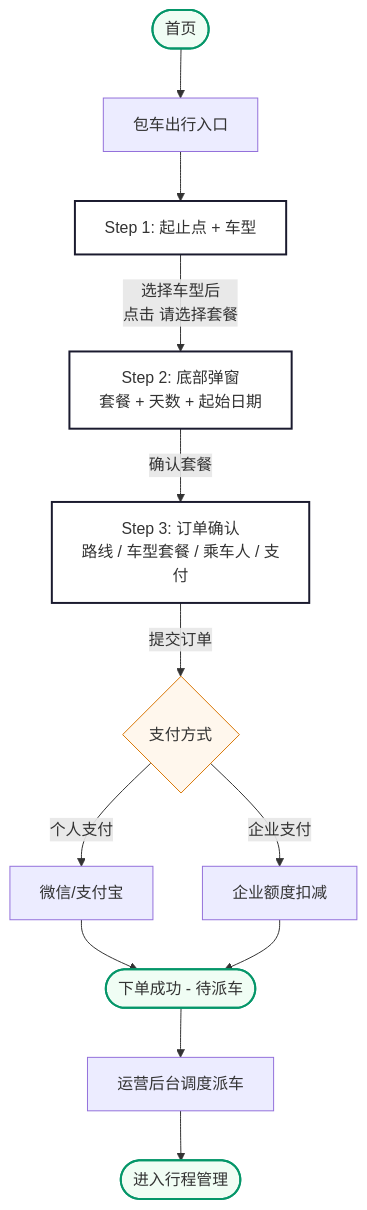
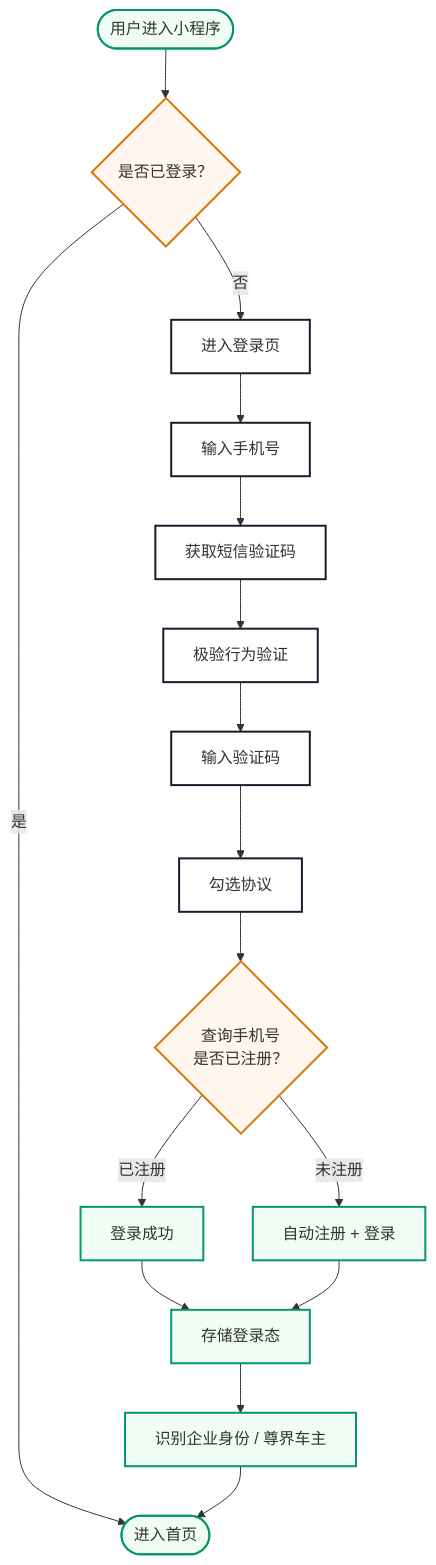
Before and after one commit to klayhuzhenx/zunchuxing: the first of 9 diagrams in 乘客端需求规格说明.md, drawn with Mermaid. The commit also changed other lines of this file and 237 other files, not shown here.

````diff
--- a/乘客端需求规格说明.md
+++ b/乘客端需求规格说明.md
@@ -346,21 +49,51 @@
 ```mermaid
+
 flowchart TD
-    A([首页]) --> B[包车出行入口]
-    B --> C[Step 1: 起止点 + 车型]
-    C --> |选择车型后<br/>点击 请选择套餐| D[Step 2: 底部弹窗<br/>套餐 + 天数 + 起始日期]
-    D --> |确认套餐| E[Step 3: 订单确认<br/>路线 / 车型套餐 / 乘车人 / 支付]
-    E --> |提交订单| F{支付方式}
-    F --> |个人支付| G[微信/支付宝]
-    F --> |企业支付| H[企业额度扣减]
-    G --> I([下单成功 - 待派车])
-    H --> I
-    I --> J[运营后台调度派车]
-    J --> K([进入行程管理])
+
+    A(["用户进入小程序"]) --> B{"是否已登录？"}
+
+    B -->|是| C(["进入首页"])
+
+    B -->|否| D["进入登录页"]
+
+    D --> E["输入手机号"]
+
+    E --> F["获取短信验证码"]
+
+    F --> F1["极验行为验证"]
+
+    F1 --> G["输入验证码"]
+
+    G --> H["勾选协议"]
+
+    H --> I{"查询手机号<br/>是否已注册？"}
+
+    I -->|已注册| J["登录成功"]
+
+    I -->|未注册| K["自动注册 + 登录"]
+
+    J --> L["存储登录态"]
+
+    K --> L
+
+    L --> M["识别企业身份 / 尊界车主"]
+
+    M --> C
+
+
+
+    classDef start fill:#f0fdf4,stroke:#059669,stroke-width:2px
 
     classDef step fill:#fff,stroke:#1a1a2e,stroke-width:2px
-    classDef decision fill:#fff7ed,stroke:#d97706
-    classDef terminal fill:#f0fdf4,stroke:#059669,stroke-width:2px
-    class C,D,E step
-    class F decision
-    class A,I,K terminal
+
+    classDef decision fill:#fff7ed,stroke:#d97706,stroke-width:2px
+
+
+
+    class A,C,J,K,L,M start
+
+    class D,E,F,F1,G,H step
+
+    class B,I decision
+
 ```
````
